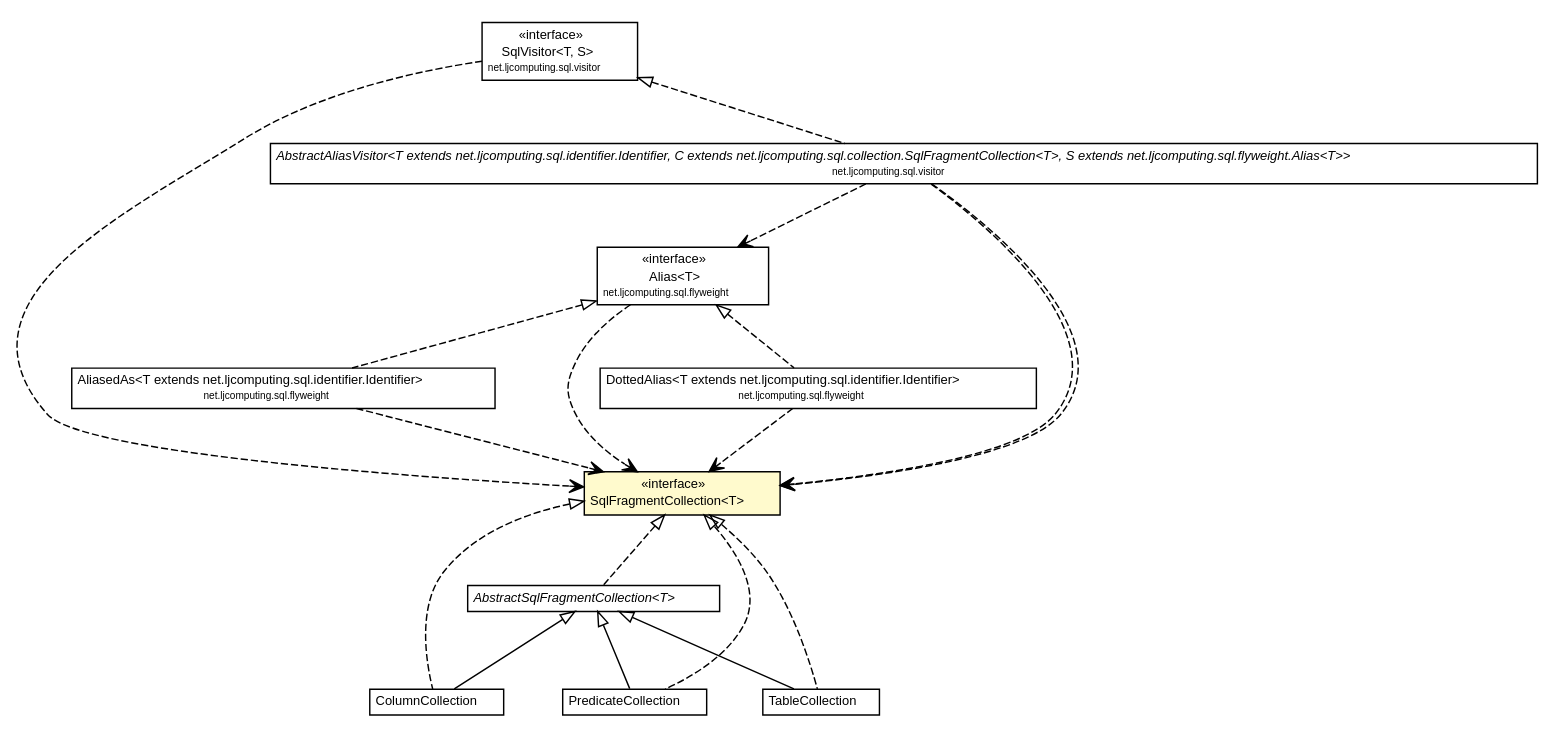
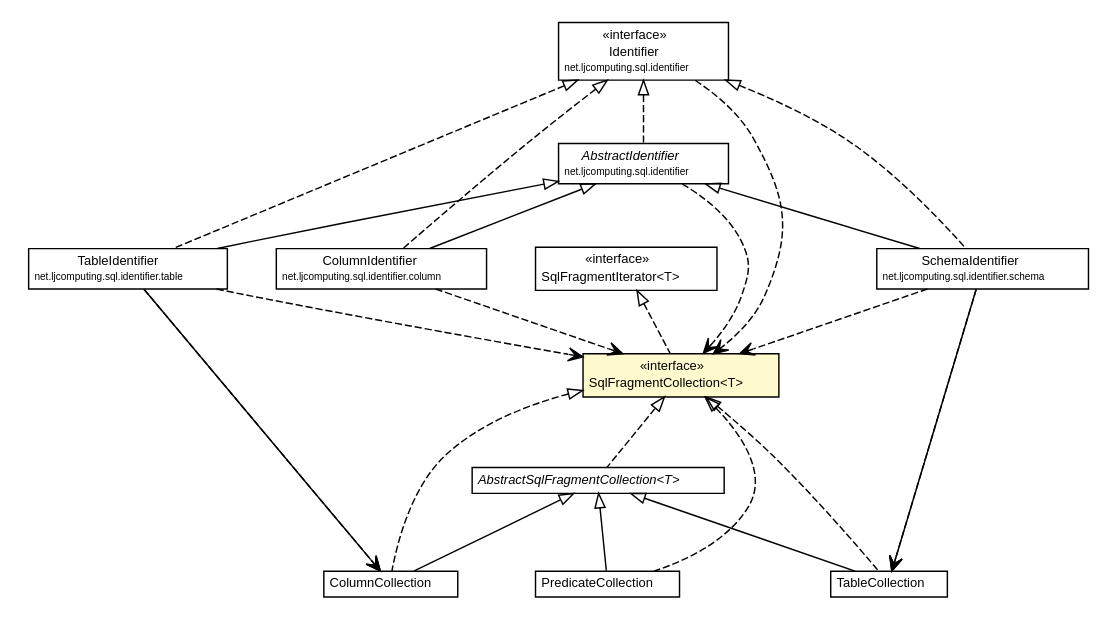
Before and after one commit to willmorejg/net.ljcomputing.sql: the diagram in docs/javadoc/apidocs/net/ljcomputing/sql/collection/SqlFragmentCollection.dot, drawn with Graphviz. The commit also changed 504 other files, not shown here.

```diff
--- a/docs/javadoc/apidocs/net/ljcomputing/sql/collection/SqlFragmentCollection.dot
+++ b/docs/javadoc/apidocs/net/ljcomputing/sql/collection/SqlFragmentCollection.dot
@@ -9,106 +9,126 @@
 	node [fontname="Helvetica",fontsize=10,shape=plaintext];
 	nodesep=0.25;
 	ranksep=0.5;
-	// net.ljcomputing.sql.visitor.SqlVisitor<T, S>
-	c967 [label=<<table title="net.ljcomputing.sql.visitor.SqlVisitor" border="0" cellborder="1" cellspacing="0" cellpadding="2" port="p" href="../visitor/SqlVisitor.html">
-		<tr><td><table border="0" cellspacing="0" cellpadding="1">
-<tr><td align="center" balign="center"> &#171;interface&#187; </td></tr>
-<tr><td align="center" balign="center"> SqlVisitor&lt;T, S&gt; </td></tr>
-<tr><td align="center" balign="center"><font point-size="7.0"> net.ljcomputing.sql.visitor </font></td></tr>
-		</table></td></tr>
-		</table>>, URL="../visitor/SqlVisitor.html", fontname="Helvetica", fontcolor="black", fontsize=9.0];
-	// net.ljcomputing.sql.visitor.AbstractAliasVisitor<T extends net.ljcomputing.sql.identifier.Identifier, C extends net.ljcomputing.sql.collection.SqlFragmentCollection<T>, S extends net.ljcomputing.sql.flyweight.Alias<T>>
-	c970 [label=<<table title="net.ljcomputing.sql.visitor.AbstractAliasVisitor" border="0" cellborder="1" cellspacing="0" cellpadding="2" port="p" href="../visitor/AbstractAliasVisitor.html">
-		<tr><td><table border="0" cellspacing="0" cellpadding="1">
-<tr><td align="center" balign="center"><font face="Helvetica-Oblique"> AbstractAliasVisitor&lt;T extends net.ljcomputing.sql.identifier.Identifier, C extends net.ljcomputing.sql.collection.SqlFragmentCollection&lt;T&gt;, S extends net.ljcomputing.sql.flyweight.Alias&lt;T&gt;&gt; </font></td></tr>
-<tr><td align="center" balign="center"><font point-size="7.0"> net.ljcomputing.sql.visitor </font></td></tr>
-		</table></td></tr>
-		</table>>, URL="../visitor/AbstractAliasVisitor.html", fontname="Helvetica", fontcolor="black", fontsize=9.0];
 	// net.ljcomputing.sql.collection.AbstractSqlFragmentCollection<T>
-	c972 [label=<<table title="net.ljcomputing.sql.collection.AbstractSqlFragmentCollection" border="0" cellborder="1" cellspacing="0" cellpadding="2" port="p" href="./AbstractSqlFragmentCollection.html">
+	c1021 [label=<<table title="net.ljcomputing.sql.collection.AbstractSqlFragmentCollection" border="0" cellborder="1" cellspacing="0" cellpadding="2" port="p" href="./AbstractSqlFragmentCollection.html">
 		<tr><td><table border="0" cellspacing="0" cellpadding="1">
 <tr><td align="center" balign="center"><font face="Helvetica-Oblique"> AbstractSqlFragmentCollection&lt;T&gt; </font></td></tr>
 		</table></td></tr>
 		</table>>, URL="./AbstractSqlFragmentCollection.html", fontname="Helvetica", fontcolor="black", fontsize=9.0];
+	// net.ljcomputing.sql.collection.SqlFragmentIterator<T>
+	c1022 [label=<<table title="net.ljcomputing.sql.collection.SqlFragmentIterator" border="0" cellborder="1" cellspacing="0" cellpadding="2" port="p" href="./SqlFragmentIterator.html">
+		<tr><td><table border="0" cellspacing="0" cellpadding="1">
+<tr><td align="center" balign="center"> &#171;interface&#187; </td></tr>
+<tr><td align="center" balign="center"> SqlFragmentIterator&lt;T&gt; </td></tr>
+		</table></td></tr>
+		</table>>, URL="./SqlFragmentIterator.html", fontname="Helvetica", fontcolor="black", fontsize=9.0];
 	// net.ljcomputing.sql.collection.SqlFragmentCollection<T>
-	c975 [label=<<table title="net.ljcomputing.sql.collection.SqlFragmentCollection" border="0" cellborder="1" cellspacing="0" cellpadding="2" port="p" bgcolor="lemonChiffon" href="./SqlFragmentCollection.html">
+	c1024 [label=<<table title="net.ljcomputing.sql.collection.SqlFragmentCollection" border="0" cellborder="1" cellspacing="0" cellpadding="2" port="p" bgcolor="lemonChiffon" href="./SqlFragmentCollection.html">
 		<tr><td><table border="0" cellspacing="0" cellpadding="1">
 <tr><td align="center" balign="center"> &#171;interface&#187; </td></tr>
 <tr><td align="center" balign="center"> SqlFragmentCollection&lt;T&gt; </td></tr>
 		</table></td></tr>
 		</table>>, URL="./SqlFragmentCollection.html", fontname="Helvetica", fontcolor="black", fontsize=9.0];
 	// net.ljcomputing.sql.collection.ColumnCollection
-	c976 [label=<<table title="net.ljcomputing.sql.collection.ColumnCollection" border="0" cellborder="1" cellspacing="0" cellpadding="2" port="p" href="./ColumnCollection.html">
+	c1025 [label=<<table title="net.ljcomputing.sql.collection.ColumnCollection" border="0" cellborder="1" cellspacing="0" cellpadding="2" port="p" href="./ColumnCollection.html">
 		<tr><td><table border="0" cellspacing="0" cellpadding="1">
 <tr><td align="center" balign="center"> ColumnCollection </td></tr>
 		</table></td></tr>
 		</table>>, URL="./ColumnCollection.html", fontname="Helvetica", fontcolor="black", fontsize=9.0];
 	// net.ljcomputing.sql.collection.PredicateCollection
-	c977 [label=<<table title="net.ljcomputing.sql.collection.PredicateCollection" border="0" cellborder="1" cellspacing="0" cellpadding="2" port="p" href="./PredicateCollection.html">
+	c1026 [label=<<table title="net.ljcomputing.sql.collection.PredicateCollection" border="0" cellborder="1" cellspacing="0" cellpadding="2" port="p" href="./PredicateCollection.html">
 		<tr><td><table border="0" cellspacing="0" cellpadding="1">
 <tr><td align="center" balign="center"> PredicateCollection </td></tr>
 		</table></td></tr>
 		</table>>, URL="./PredicateCollection.html", fontname="Helvetica", fontcolor="black", fontsize=9.0];
 	// net.ljcomputing.sql.collection.TableCollection
-	c978 [label=<<table title="net.ljcomputing.sql.collection.TableCollection" border="0" cellborder="1" cellspacing="0" cellpadding="2" port="p" href="./TableCollection.html">
+	c1027 [label=<<table title="net.ljcomputing.sql.collection.TableCollection" border="0" cellborder="1" cellspacing="0" cellpadding="2" port="p" href="./TableCollection.html">
 		<tr><td><table border="0" cellspacing="0" cellpadding="1">
 <tr><td align="center" balign="center"> TableCollection </td></tr>
 		</table></td></tr>
 		</table>>, URL="./TableCollection.html", fontname="Helvetica", fontcolor="black", fontsize=9.0];
-	// net.ljcomputing.sql.flyweight.DottedAlias<T extends net.ljcomputing.sql.identifier.Identifier>
-	c986 [label=<<table title="net.ljcomputing.sql.flyweight.DottedAlias" border="0" cellborder="1" cellspacing="0" cellpadding="2" port="p" href="../flyweight/DottedAlias.html">
+	// net.ljcomputing.sql.identifier.schema.SchemaIdentifier
+	c1029 [label=<<table title="net.ljcomputing.sql.identifier.schema.SchemaIdentifier" border="0" cellborder="1" cellspacing="0" cellpadding="2" port="p" href="../identifier/schema/SchemaIdentifier.html">
 		<tr><td><table border="0" cellspacing="0" cellpadding="1">
-<tr><td align="center" balign="center"> DottedAlias&lt;T extends net.ljcomputing.sql.identifier.Identifier&gt; </td></tr>
-<tr><td align="center" balign="center"><font point-size="7.0"> net.ljcomputing.sql.flyweight </font></td></tr>
+<tr><td align="center" balign="center"> SchemaIdentifier </td></tr>
+<tr><td align="center" balign="center"><font point-size="7.0"> net.ljcomputing.sql.identifier.schema </font></td></tr>
 		</table></td></tr>
-		</table>>, URL="../flyweight/DottedAlias.html", fontname="Helvetica", fontcolor="black", fontsize=9.0];
-	// net.ljcomputing.sql.flyweight.AliasedAs<T extends net.ljcomputing.sql.identifier.Identifier>
-	c987 [label=<<table title="net.ljcomputing.sql.flyweight.AliasedAs" border="0" cellborder="1" cellspacing="0" cellpadding="2" port="p" href="../flyweight/AliasedAs.html">
+		</table>>, URL="../identifier/schema/SchemaIdentifier.html", fontname="Helvetica", fontcolor="black", fontsize=9.0];
+	// net.ljcomputing.sql.identifier.table.TableIdentifier
+	c1030 [label=<<table title="net.ljcomputing.sql.identifier.table.TableIdentifier" border="0" cellborder="1" cellspacing="0" cellpadding="2" port="p" href="../identifier/table/TableIdentifier.html">
 		<tr><td><table border="0" cellspacing="0" cellpadding="1">
-<tr><td align="center" balign="center"> AliasedAs&lt;T extends net.ljcomputing.sql.identifier.Identifier&gt; </td></tr>
-<tr><td align="center" balign="center"><font point-size="7.0"> net.ljcomputing.sql.flyweight </font></td></tr>
+<tr><td align="center" balign="center"> TableIdentifier </td></tr>
+<tr><td align="center" balign="center"><font point-size="7.0"> net.ljcomputing.sql.identifier.table </font></td></tr>
 		</table></td></tr>
-		</table>>, URL="../flyweight/AliasedAs.html", fontname="Helvetica", fontcolor="black", fontsize=9.0];
-	// net.ljcomputing.sql.flyweight.Alias<T>
-	c988 [label=<<table title="net.ljcomputing.sql.flyweight.Alias" border="0" cellborder="1" cellspacing="0" cellpadding="2" port="p" href="../flyweight/Alias.html">
+		</table>>, URL="../identifier/table/TableIdentifier.html", fontname="Helvetica", fontcolor="black", fontsize=9.0];
+	// net.ljcomputing.sql.identifier.AbstractIdentifier
+	c1031 [label=<<table title="net.ljcomputing.sql.identifier.AbstractIdentifier" border="0" cellborder="1" cellspacing="0" cellpadding="2" port="p" href="../identifier/AbstractIdentifier.html">
+		<tr><td><table border="0" cellspacing="0" cellpadding="1">
+<tr><td align="center" balign="center"><font face="Helvetica-Oblique"> AbstractIdentifier </font></td></tr>
+<tr><td align="center" balign="center"><font point-size="7.0"> net.ljcomputing.sql.identifier </font></td></tr>
+		</table></td></tr>
+		</table>>, URL="../identifier/AbstractIdentifier.html", fontname="Helvetica", fontcolor="black", fontsize=9.0];
+	// net.ljcomputing.sql.identifier.Identifier
+	c1032 [label=<<table title="net.ljcomputing.sql.identifier.Identifier" border="0" cellborder="1" cellspacing="0" cellpadding="2" port="p" href="../identifier/Identifier.html">
 		<tr><td><table border="0" cellspacing="0" cellpadding="1">
 <tr><td align="center" balign="center"> &#171;interface&#187; </td></tr>
-<tr><td align="center" balign="center"> Alias&lt;T&gt; </td></tr>
-<tr><td align="center" balign="center"><font point-size="7.0"> net.ljcomputing.sql.flyweight </font></td></tr>
+<tr><td align="center" balign="center"> Identifier </td></tr>
+<tr><td align="center" balign="center"><font point-size="7.0"> net.ljcomputing.sql.identifier </font></td></tr>
 		</table></td></tr>
-		</table>>, URL="../flyweight/Alias.html", fontname="Helvetica", fontcolor="black", fontsize=9.0];
-	//net.ljcomputing.sql.visitor.AbstractAliasVisitor<T extends net.ljcomputing.sql.identifier.Identifier, C extends net.ljcomputing.sql.collection.SqlFragmentCollection<T>, S extends net.ljcomputing.sql.flyweight.Alias<T>> implements net.ljcomputing.sql.visitor.SqlVisitor<T, S>
-	c967:p -> c970:p [dir=back,arrowtail=empty,style=dashed];
+		</table>>, URL="../identifier/Identifier.html", fontname="Helvetica", fontcolor="black", fontsize=9.0];
+	// net.ljcomputing.sql.identifier.column.ColumnIdentifier
+	c1034 [label=<<table title="net.ljcomputing.sql.identifier.column.ColumnIdentifier" border="0" cellborder="1" cellspacing="0" cellpadding="2" port="p" href="../identifier/column/ColumnIdentifier.html">
+		<tr><td><table border="0" cellspacing="0" cellpadding="1">
+<tr><td align="center" balign="center"> ColumnIdentifier </td></tr>
+<tr><td align="center" balign="center"><font point-size="7.0"> net.ljcomputing.sql.identifier.column </font></td></tr>
+		</table></td></tr>
+		</table>>, URL="../identifier/column/ColumnIdentifier.html", fontname="Helvetica", fontcolor="black", fontsize=9.0];
 	//net.ljcomputing.sql.collection.AbstractSqlFragmentCollection<T> implements net.ljcomputing.sql.collection.SqlFragmentCollection<T>
-	c975:p -> c972:p [dir=back,arrowtail=empty,style=dashed];
-	//net.ljcomputing.sql.collection.ColumnCollection extends net.ljcomputing.sql.collection.AbstractSqlFragmentCollection<net.ljcomputing.sql.identifier.column.Column>
-	c972:p -> c976:p [dir=back,arrowtail=empty];
+	c1024:p -> c1021:p [dir=back,arrowtail=empty,style=dashed];
+	//net.ljcomputing.sql.collection.SqlFragmentCollection<T> implements net.ljcomputing.sql.collection.SqlFragmentIterator<T>
+	c1022:p -> c1024:p [dir=back,arrowtail=empty,style=dashed];
+	//net.ljcomputing.sql.collection.ColumnCollection extends net.ljcomputing.sql.collection.AbstractSqlFragmentCollection<net.ljcomputing.sql.identifier.column.ColumnIdentifier>
+	c1021:p -> c1025:p [dir=back,arrowtail=empty];
 	//net.ljcomputing.sql.collection.ColumnCollection implements net.ljcomputing.sql.collection.SqlFragmentCollection<T>
-	c975:p -> c976:p [dir=back,arrowtail=empty,style=dashed];
+	c1024:p -> c1025:p [dir=back,arrowtail=empty,style=dashed];
 	//net.ljcomputing.sql.collection.PredicateCollection extends net.ljcomputing.sql.collection.AbstractSqlFragmentCollection<net.ljcomputing.sql.clause.Predicate>
-	c972:p -> c977:p [dir=back,arrowtail=empty];
+	c1021:p -> c1026:p [dir=back,arrowtail=empty];
 	//net.ljcomputing.sql.collection.PredicateCollection implements net.ljcomputing.sql.collection.SqlFragmentCollection<T>
-	c975:p -> c977:p [dir=back,arrowtail=empty,style=dashed];
-	//net.ljcomputing.sql.collection.TableCollection extends net.ljcomputing.sql.collection.AbstractSqlFragmentCollection<net.ljcomputing.sql.identifier.table.Table>
-	c972:p -> c978:p [dir=back,arrowtail=empty];
+	c1024:p -> c1026:p [dir=back,arrowtail=empty,style=dashed];
+	//net.ljcomputing.sql.collection.TableCollection extends net.ljcomputing.sql.collection.AbstractSqlFragmentCollection<net.ljcomputing.sql.identifier.table.TableIdentifier>
+	c1021:p -> c1027:p [dir=back,arrowtail=empty];
 	//net.ljcomputing.sql.collection.TableCollection implements net.ljcomputing.sql.collection.SqlFragmentCollection<T>
-	c975:p -> c978:p [dir=back,arrowtail=empty,style=dashed];
-	//net.ljcomputing.sql.flyweight.DottedAlias<T extends net.ljcomputing.sql.identifier.Identifier> implements net.ljcomputing.sql.flyweight.Alias<T>
-	c988:p -> c986:p [dir=back,arrowtail=empty,style=dashed];
-	//net.ljcomputing.sql.flyweight.AliasedAs<T extends net.ljcomputing.sql.identifier.Identifier> implements net.ljcomputing.sql.flyweight.Alias<T>
-	c988:p -> c987:p [dir=back,arrowtail=empty,style=dashed];
-	// net.ljcomputing.sql.visitor.SqlVisitor<T, S> DEPEND net.ljcomputing.sql.collection.SqlFragmentCollection<T>
-	c967:p -> c975:p [taillabel="", label="", headlabel="", fontname="Helvetica", fontcolor="black", fontsize=10.0, color="black", arrowhead=open, style=dashed];
-	// net.ljcomputing.sql.visitor.AbstractAliasVisitor<T extends net.ljcomputing.sql.identifier.Identifier, C extends net.ljcomputing.sql.collection.SqlFragmentCollection<T>, S extends net.ljcomputing.sql.flyweight.Alias<T>> DEPEND net.ljcomputing.sql.flyweight.Alias<T>
-	c970:p -> c988:p [taillabel="", label="", headlabel="", fontname="Helvetica", fontcolor="black", fontsize=10.0, color="black", arrowhead=open, style=dashed];
-	// net.ljcomputing.sql.visitor.AbstractAliasVisitor<T extends net.ljcomputing.sql.identifier.Identifier, C extends net.ljcomputing.sql.collection.SqlFragmentCollection<T>, S extends net.ljcomputing.sql.flyweight.Alias<T>> DEPEND net.ljcomputing.sql.collection.SqlFragmentCollection<T>
-	c970:p -> c975:p [taillabel="", label="", headlabel="", fontname="Helvetica", fontcolor="black", fontsize=10.0, color="black", arrowhead=open, style=dashed];
-	// net.ljcomputing.sql.visitor.AbstractAliasVisitor<T extends net.ljcomputing.sql.identifier.Identifier, C extends net.ljcomputing.sql.collection.SqlFragmentCollection<T>, S extends net.ljcomputing.sql.flyweight.Alias<T>> DEPEND net.ljcomputing.sql.collection.SqlFragmentCollection<T>
-	c970:p -> c975:p [taillabel="", label="", headlabel="", fontname="Helvetica", fontcolor="black", fontsize=10.0, color="black", arrowhead=open, style=dashed];
-	// net.ljcomputing.sql.flyweight.DottedAlias<T extends net.ljcomputing.sql.identifier.Identifier> DEPEND net.ljcomputing.sql.collection.SqlFragmentCollection<T>
-	c986:p -> c975:p [taillabel="", label="", headlabel="", fontname="Helvetica", fontcolor="black", fontsize=10.0, color="black", arrowhead=open, style=dashed];
-	// net.ljcomputing.sql.flyweight.AliasedAs<T extends net.ljcomputing.sql.identifier.Identifier> DEPEND net.ljcomputing.sql.collection.SqlFragmentCollection<T>
-	c987:p -> c975:p [taillabel="", label="", headlabel="", fontname="Helvetica", fontcolor="black", fontsize=10.0, color="black", arrowhead=open, style=dashed];
-	// net.ljcomputing.sql.flyweight.Alias<T> DEPEND net.ljcomputing.sql.collection.SqlFragmentCollection<T>
-	c988:p -> c975:p [taillabel="", label="", headlabel="", fontname="Helvetica", fontcolor="black", fontsize=10.0, color="black", arrowhead=open, style=dashed];
+	c1024:p -> c1027:p [dir=back,arrowtail=empty,style=dashed];
+	//net.ljcomputing.sql.identifier.schema.SchemaIdentifier extends net.ljcomputing.sql.identifier.AbstractIdentifier
+	c1031:p -> c1029:p [dir=back,arrowtail=empty];
+	//net.ljcomputing.sql.identifier.schema.SchemaIdentifier implements net.ljcomputing.sql.identifier.Identifier
+	c1032:p -> c1029:p [dir=back,arrowtail=empty,style=dashed];
+	//net.ljcomputing.sql.identifier.table.TableIdentifier extends net.ljcomputing.sql.identifier.AbstractIdentifier
+	c1031:p -> c1030:p [dir=back,arrowtail=empty];
+	//net.ljcomputing.sql.identifier.table.TableIdentifier implements net.ljcomputing.sql.identifier.Identifier
+	c1032:p -> c1030:p [dir=back,arrowtail=empty,style=dashed];
+	//net.ljcomputing.sql.identifier.AbstractIdentifier implements net.ljcomputing.sql.identifier.Identifier
+	c1032:p -> c1031:p [dir=back,arrowtail=empty,style=dashed];
+	//net.ljcomputing.sql.identifier.column.ColumnIdentifier extends net.ljcomputing.sql.identifier.AbstractIdentifier
+	c1031:p -> c1034:p [dir=back,arrowtail=empty];
+	//net.ljcomputing.sql.identifier.column.ColumnIdentifier implements net.ljcomputing.sql.identifier.Identifier
+	c1032:p -> c1034:p [dir=back,arrowtail=empty,style=dashed];
+	// net.ljcomputing.sql.identifier.schema.SchemaIdentifier NAVASSOC net.ljcomputing.sql.collection.TableCollection
+	c1029:p -> c1027:p [taillabel="", label="", headlabel="", fontname="Helvetica", fontcolor="black", fontsize=10.0, color="black", arrowhead=open];
+	// net.ljcomputing.sql.identifier.table.TableIdentifier NAVASSOC net.ljcomputing.sql.collection.ColumnCollection
+	c1030:p -> c1025:p [taillabel="", label="", headlabel="", fontname="Helvetica", fontcolor="black", fontsize=10.0, color="black", arrowhead=open];
+	// net.ljcomputing.sql.identifier.schema.SchemaIdentifier DEPEND net.ljcomputing.sql.collection.SqlFragmentCollection<T>
+	c1029:p -> c1024:p [taillabel="", label="", headlabel="", fontname="Helvetica", fontcolor="black", fontsize=10.0, color="black", arrowhead=open, style=dashed];
+	// net.ljcomputing.sql.identifier.schema.SchemaIdentifier DEPEND net.ljcomputing.sql.collection.TableCollection
+	c1029:p -> c1027:p [taillabel="", label="", headlabel="", fontname="Helvetica", fontcolor="black", fontsize=10.0, color="black", arrowhead=open, style=dashed];
+	// net.ljcomputing.sql.identifier.table.TableIdentifier DEPEND net.ljcomputing.sql.collection.SqlFragmentCollection<T>
+	c1030:p -> c1024:p [taillabel="", label="", headlabel="", fontname="Helvetica", fontcolor="black", fontsize=10.0, color="black", arrowhead=open, style=dashed];
+	// net.ljcomputing.sql.identifier.table.TableIdentifier DEPEND net.ljcomputing.sql.collection.ColumnCollection
+	c1030:p -> c1025:p [taillabel="", label="", headlabel="", fontname="Helvetica", fontcolor="black", fontsize=10.0, color="black", arrowhead=open, style=dashed];
+	// net.ljcomputing.sql.identifier.AbstractIdentifier DEPEND net.ljcomputing.sql.collection.SqlFragmentCollection<T>
+	c1031:p -> c1024:p [taillabel="", label="", headlabel="", fontname="Helvetica", fontcolor="black", fontsize=10.0, color="black", arrowhead=open, style=dashed];
+	// net.ljcomputing.sql.identifier.Identifier DEPEND net.ljcomputing.sql.collection.SqlFragmentCollection<T>
+	c1032:p -> c1024:p [taillabel="", label="", headlabel="", fontname="Helvetica", fontcolor="black", fontsize=10.0, color="black", arrowhead=open, style=dashed];
+	// net.ljcomputing.sql.identifier.column.ColumnIdentifier DEPEND net.ljcomputing.sql.collection.SqlFragmentCollection<T>
+	c1034:p -> c1024:p [taillabel="", label="", headlabel="", fontname="Helvetica", fontcolor="black", fontsize=10.0, color="black", arrowhead=open, style=dashed];
 }
```
